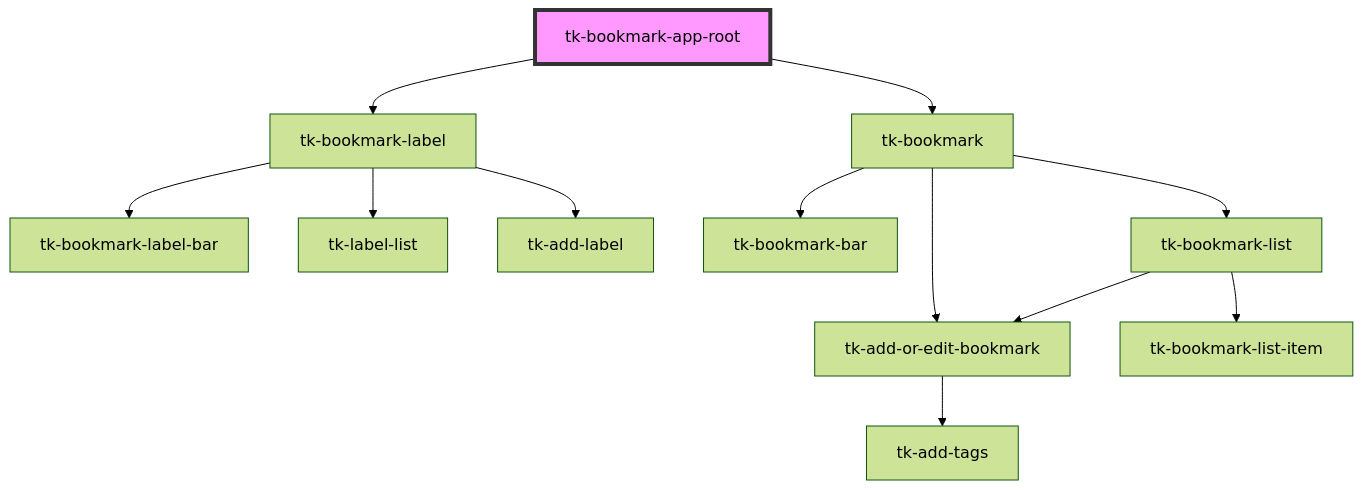
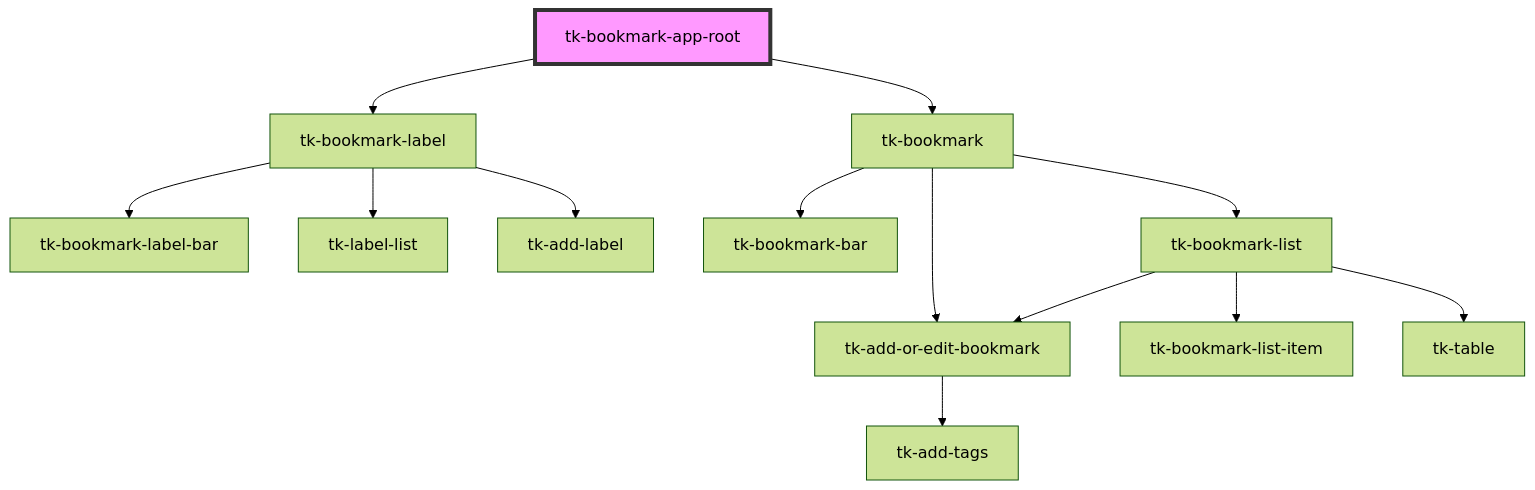
One commit to tomokat/tk-bookmark-app changed the diagram in tk-bookmark/src/components/app/tk-bookmark-app-root/readme.md. Above: the diagram before and after it, drawn with Mermaid (forest theme). The commit also changed 13 other files, not shown here.

````diff
--- a/tk-bookmark/src/components/app/tk-bookmark-app-root/readme.md
+++ b/tk-bookmark/src/components/app/tk-bookmark-app-root/readme.md
@@ -16,15 +16,16 @@
 ```mermaid
 graph TD;
   tk-bookmark-app-root --> tk-bookmark-label
   tk-bookmark-app-root --> tk-bookmark
   tk-bookmark-label --> tk-bookmark-label-bar
   tk-bookmark-label --> tk-label-list
   tk-bookmark-label --> tk-add-label
   tk-bookmark --> tk-bookmark-bar
   tk-bookmark --> tk-bookmark-list
   tk-bookmark --> tk-add-or-edit-bookmark
   tk-bookmark-list --> tk-add-or-edit-bookmark
   tk-bookmark-list --> tk-bookmark-list-item
+  tk-bookmark-list --> tk-table
   tk-add-or-edit-bookmark --> tk-add-tags
   style tk-bookmark-app-root fill:#f9f,stroke:#333,stroke-width:4px
 ```
````
